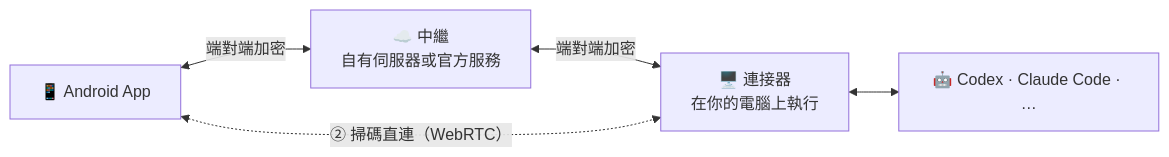
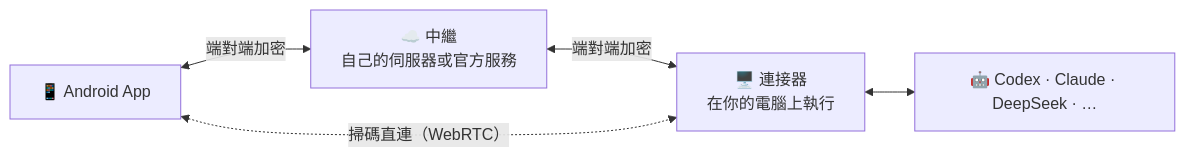
One commit to khscience/khlink changed the diagram in README.zh-TW.md. Above: the diagram before and after it, drawn with Mermaid. The commit also changed other lines of this file and 36 other files, not shown here.

````diff
--- a/README.zh-TW.md
+++ b/README.zh-TW.md
@@ -179,7 +165,7 @@
 ```mermaid
 flowchart LR
-    phone["📱 Android App"] <-->|"端對端加密"| relay["☁️ 中繼<br/>自有伺服器或官方服務"]
+    phone["📱 Android App"] <-->|"端對端加密"| relay["☁️ 中繼<br/>自己的伺服器或官方服務"]
     relay <-->|"端對端加密"| pc["🖥️ 連接器<br/>在你的電腦上執行"]
-    phone <-.->|"② 掃碼直連（WebRTC）"| pc
-    pc <--> agents["🤖 Codex · Claude Code · …"]
+    phone <-.->|"掃碼直連（WebRTC）"| pc
+    pc <--> agents["🤖 Codex · Claude · DeepSeek · …"]
 ```
````
